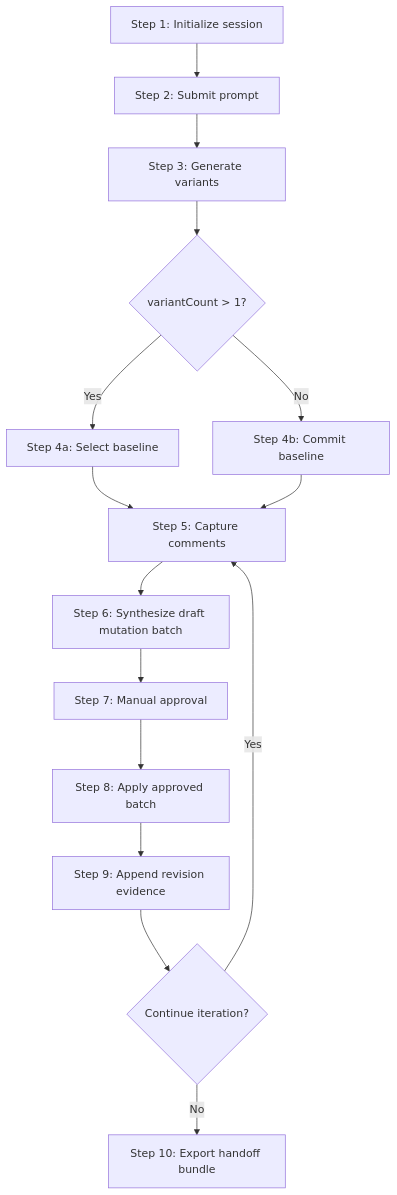
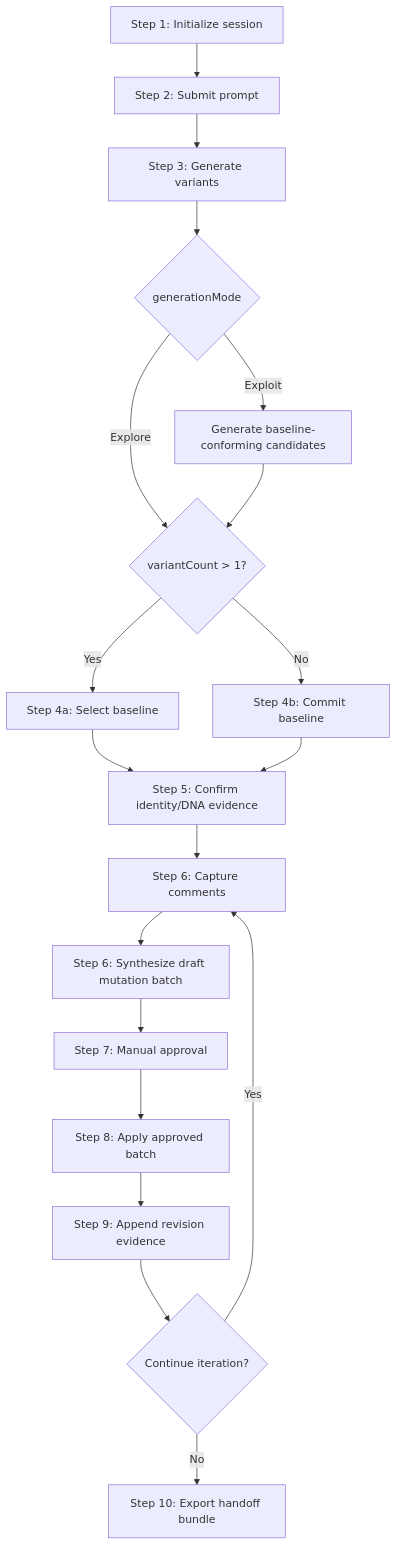
One commit to cyberAlchemyAI/domainspec changed the first of 2 diagrams in docs/features/ui-prototyping-studio/workflows.md. Above: the diagram before and after it, drawn with Mermaid. The commit also changed other lines of this file and 22 other files, not shown here.

````diff
--- a/docs/features/ui-prototyping-studio/workflows.md
+++ b/docs/features/ui-prototyping-studio/workflows.md
@@ -22,17 +22,21 @@
 ```mermaid
 graph TD
     A[Step 1: Initialize session] --> B[Step 2: Submit prompt]
     B --> C[Step 3: Generate variants]
-    C --> D{variantCount > 1?}
+    C --> N{generationMode}
+    N -->|Explore| D{variantCount > 1?}
+    N -->|Exploit| X[Generate baseline-conforming candidates]
+    X --> D
     D -->|Yes| E[Step 4a: Select baseline]
     D -->|No| F[Step 4b: Commit baseline]
-    E --> G[Step 5: Capture comments]
-    F --> G
+    E --> Y[Step 5: Confirm identity/DNA evidence]
+    F --> Y
+    Y --> G[Step 6: Capture comments]
     G --> H[Step 6: Synthesize draft mutation batch]
     H --> I[Step 7: Manual approval]
     I --> J[Step 8: Apply approved batch]
     J --> K[Step 9: Append revision evidence]
     K --> L{Continue iteration?}
     L -->|Yes| G
     L -->|No| M[Step 10: Export handoff bundle]
 ```
````
